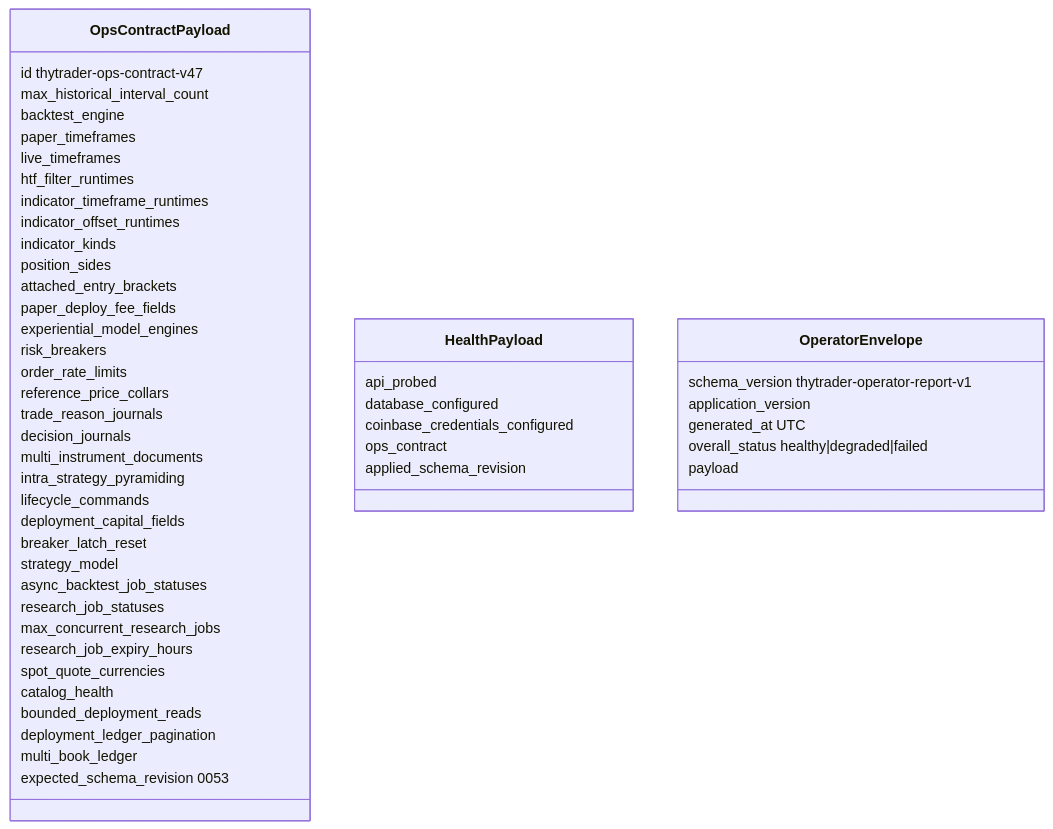
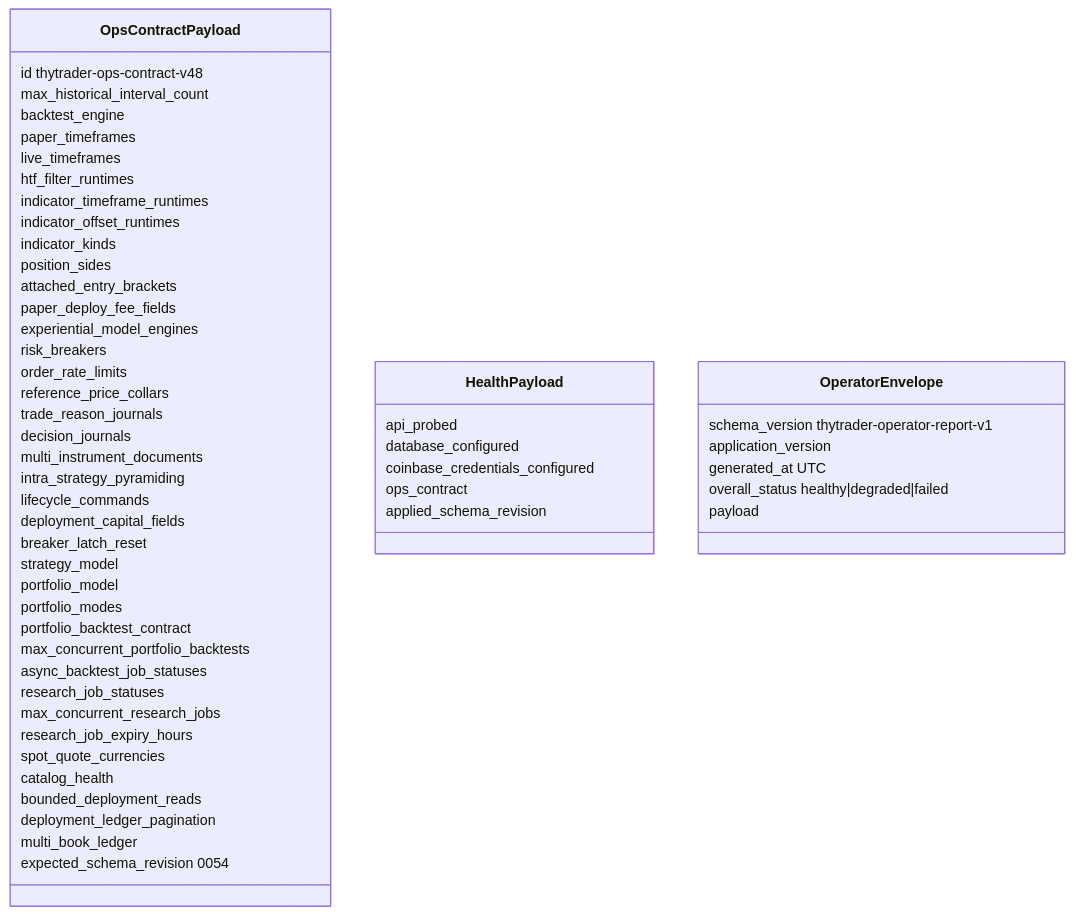
One commit to Zoltesh/thytrader changed the diagram in docs/architecture/contracts/ops-contract.md. Above: the diagram before and after it, drawn with Mermaid. The commit also changed other lines of this file and 82 other files, not shown here.

````diff
--- a/docs/architecture/contracts/ops-contract.md
+++ b/docs/architecture/contracts/ops-contract.md
@@ -49,53 +53,57 @@
 ```mermaid
 classDiagram
   class OpsContractPayload {
-    id thytrader-ops-contract-v47
+    id thytrader-ops-contract-v48
     max_historical_interval_count
     backtest_engine
     paper_timeframes
     live_timeframes
     htf_filter_runtimes
     indicator_timeframe_runtimes
     indicator_offset_runtimes
     indicator_kinds
     position_sides
     attached_entry_brackets
     paper_deploy_fee_fields
     experiential_model_engines
     risk_breakers
     order_rate_limits
     reference_price_collars
     trade_reason_journals
     decision_journals
     multi_instrument_documents
     intra_strategy_pyramiding
     lifecycle_commands
     deployment_capital_fields
     breaker_latch_reset
     strategy_model
+    portfolio_model
+    portfolio_modes
+    portfolio_backtest_contract
+    max_concurrent_portfolio_backtests
     async_backtest_job_statuses
     research_job_statuses
     max_concurrent_research_jobs
     research_job_expiry_hours
     spot_quote_currencies
     catalog_health
     bounded_deployment_reads
     deployment_ledger_pagination
     multi_book_ledger
-    expected_schema_revision 0053
+    expected_schema_revision 0054
   }
   class HealthPayload {
     api_probed
     database_configured
     coinbase_credentials_configured
     ops_contract
     applied_schema_revision
   }
   class OperatorEnvelope {
     schema_version thytrader-operator-report-v1
     application_version
     generated_at UTC
     overall_status healthy|degraded|failed
     payload
   }
 ```
````
